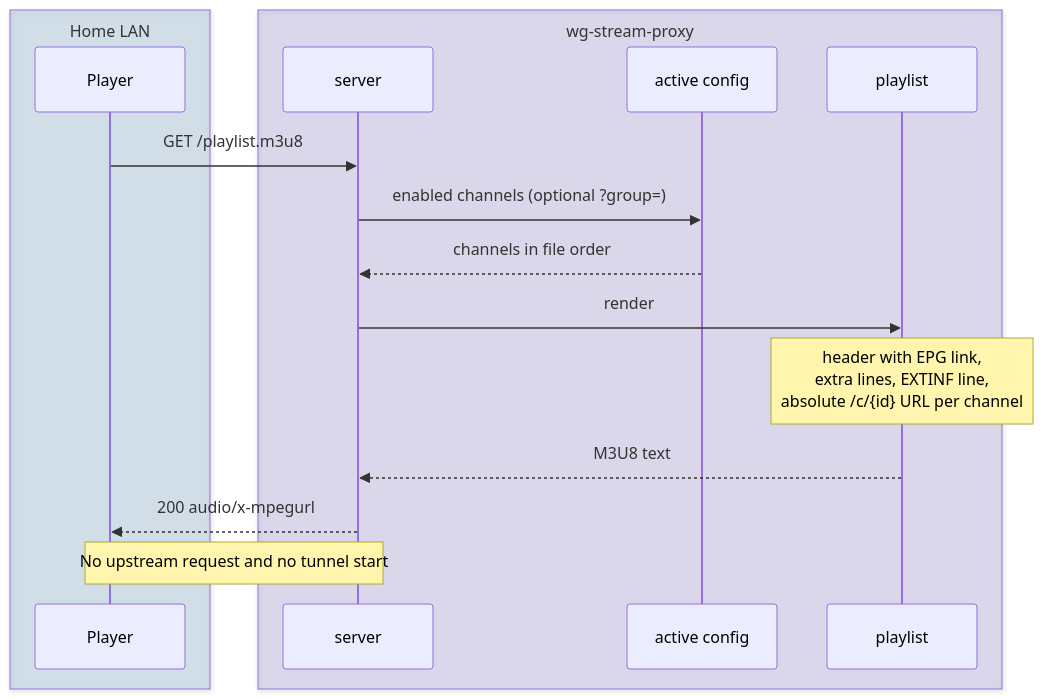
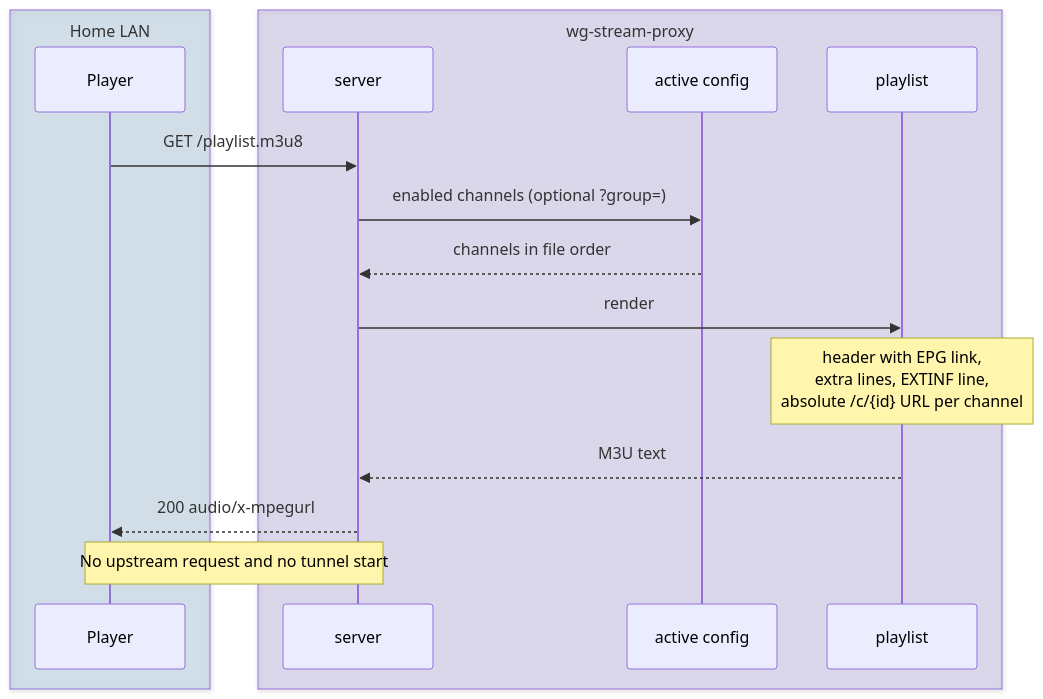
One commit to KingOfKalk/wg-stream-proxy changed the fourth of 17 diagrams in docs/architecture.md. Above: the diagram before and after it, drawn with Mermaid. The commit also changed other lines of this file and 18 other files, not shown here.

````diff
--- a/docs/architecture.md
+++ b/docs/architecture.md
@@ -211,20 +213,20 @@
 ```mermaid
 sequenceDiagram
     box rgba(59,127,176,0.18) Home LAN
         participant P as Player
     end
     box rgba(111,92,194,0.18) wg-stream-proxy
         participant S as server
         participant C as active config
         participant L as playlist
     end
 
     P->>S: GET /playlist.m3u8
     S->>C: enabled channels (optional ?group=)
     C-->>S: channels in file order
     S->>L: render
     Note over L: header with EPG link,<br/>extra lines, EXTINF line,<br/>absolute /c/{id} URL per channel
-    L-->>S: M3U8 text
+    L-->>S: M3U text
     S-->>P: 200 audio/x-mpegurl
     Note over P,S: No upstream request and no tunnel start
 ```
````
